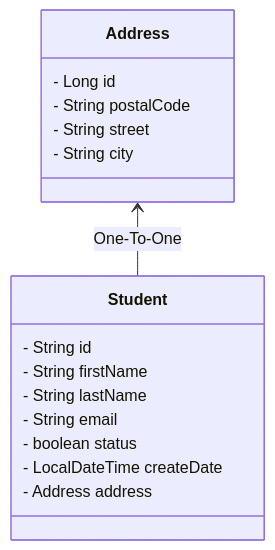
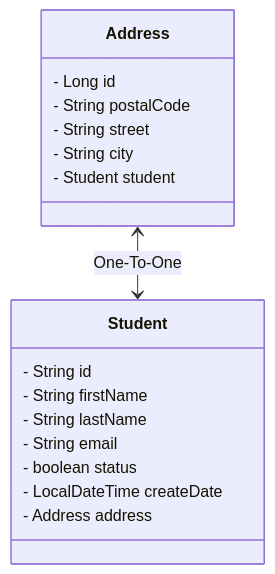
The diagram in Class Diagram - Mermaid.md (SimonElbrink/G58-jpa_lecture), drawn with Mermaid before and after one commit. The commit also changed 3 other files, not shown here.

Commit message:
Update `Address` and `Student` one-to-one relationship to be bidirectional. Mark `address_id` as unique. Update diagrams to reflect changes.

`````diff
--- a/Class Diagram - Mermaid.md
+++ b/Class Diagram - Mermaid.md
@@ -1,25 +1,26 @@
 ````mermaid
 
 classDiagram
     direction BT
     
     class Student{
         - String id
         - String firstName
         - String lastName
         - String email
         - boolean status
         - LocalDateTime createDate
         - Address address
     }
     class Address {
         - Long id
         - String postalCode
         - String street
         - String city
+        - Student student
     }
     
     %% Relationships
-    Student --> Address : One-To-One
+    Student <--> Address : One-To-One
     
 ````
`````
